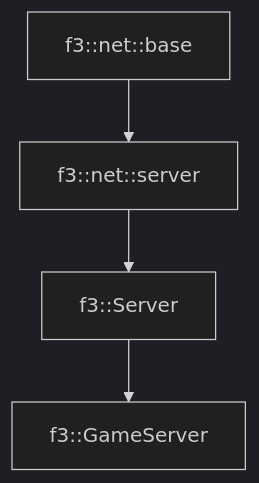
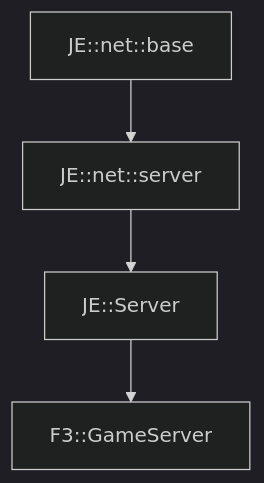
Before and after one commit to OpenJE/openvb: the diagram in docs/f3/GameServer.md, drawn with Mermaid (dark theme). The commit also changed other lines of this file and 1399 other files, not shown here.

````diff
--- a/docs/f3/GameServer.md
+++ b/docs/f3/GameServer.md
@@ -18,6 +18,6 @@
 ```mermaid
 graph TD;
-    f3::net::base --> f3::net::server
-    f3::net::server --> f3::Server
-    f3::Server --> f3::GameServer
+    JE::net::base --> JE::net::server
+    JE::net::server --> JE::Server
+    JE::Server --> F3::GameServer
 ```
````
